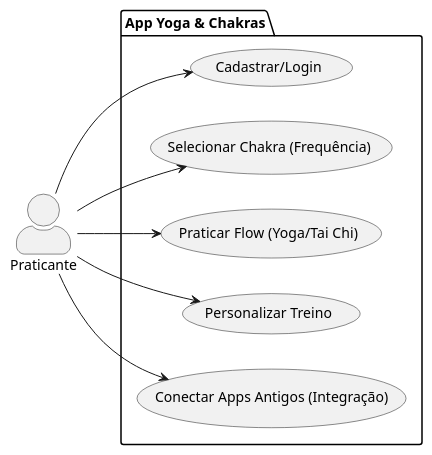
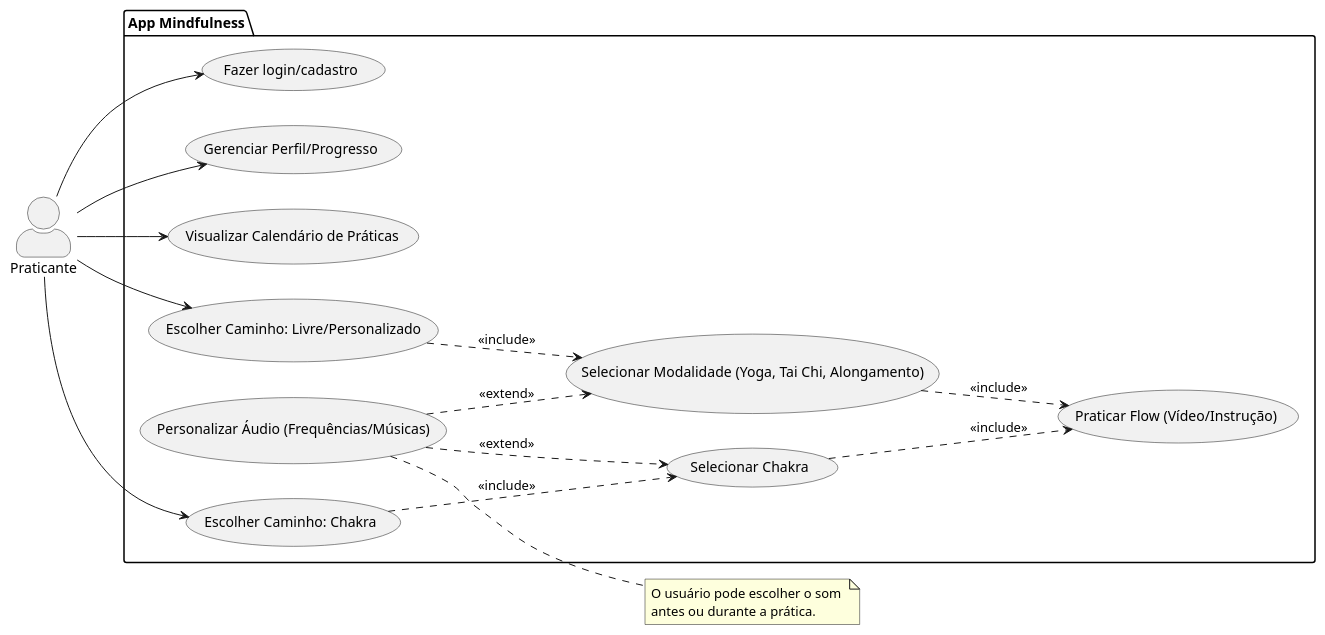
Before and after one commit to MarianaMayumeCaniza/OPENACADEMYMACKENZIE_SWIFTFDESIGN: the diagram in Documents/UserCaseDiagram.puml, drawn with PlantUML. The commit also changed 1 other file, not shown here.

```diff
--- a/Documents/UserCaseDiagram.puml
+++ b/Documents/UserCaseDiagram.puml
@@ -1,19 +1,43 @@
 @startuml
 left to right direction
 skinparam actorStyle awesome
 
 actor "Praticante" as user
-package "App Yoga & Chakras" {
-  usecase "Cadastrar/Login" as UC1
-  usecase "Selecionar Chakra (Frequência)" as UC2
-  usecase "Praticar Flow (Yoga/Tai Chi)" as UC3
-  usecase "Personalizar Treino" as UC4
-  usecase "Conectar Apps Antigos (Integração)" as UC5
+
+package "App Mindfulness" {
+  usecase "Fazer login/cadastro" as UC_Login
+  usecase "Gerenciar Perfil/Progresso" as UC_Perfil
+  usecase "Visualizar Calendário de Práticas" as UC_Cal
+  usecase "Escolher Caminho: Chakra" as UC_Chakra
+  usecase "Escolher Caminho: Livre/Personalizado" as UC_Livre
+  
+
+  usecase "Selecionar Modalidade (Yoga, Tai Chi, Alongamento)" as UC_Mod
+  usecase "Selecionar Chakra" as UC_ChakraFlow
+  usecase "Praticar Flow (Vídeo/Instrução)" as UC_Flow
+  usecase "Personalizar Áudio (Frequências/Músicas)" as UC_Som
 }
 
-user --> UC1
-user --> UC2
-user --> UC3
-user --> UC4
-user --> UC5
+user --> UC_Login
+user --> UC_Perfil
+user --> UC_Cal
+user --> UC_Chakra
+user --> UC_Livre
+
+
+
+note right of UC_Som
+  O usuário pode escolher o som 
+  antes ou durante a prática.
+end note
+
+UC_Livre ..> UC_Mod : <<include>>
+UC_Mod ..> UC_Flow : <<include>>
+UC_Chakra ..> UC_ChakraFlow : <<include>>
+UC_Som ..> UC_ChakraFlow : <<extend>>
+UC_ChakraFlow ..> UC_Flow : <<include>>
+UC_Som ..> UC_Mod : <<extend>>
+
+
+
 @enduml
```
